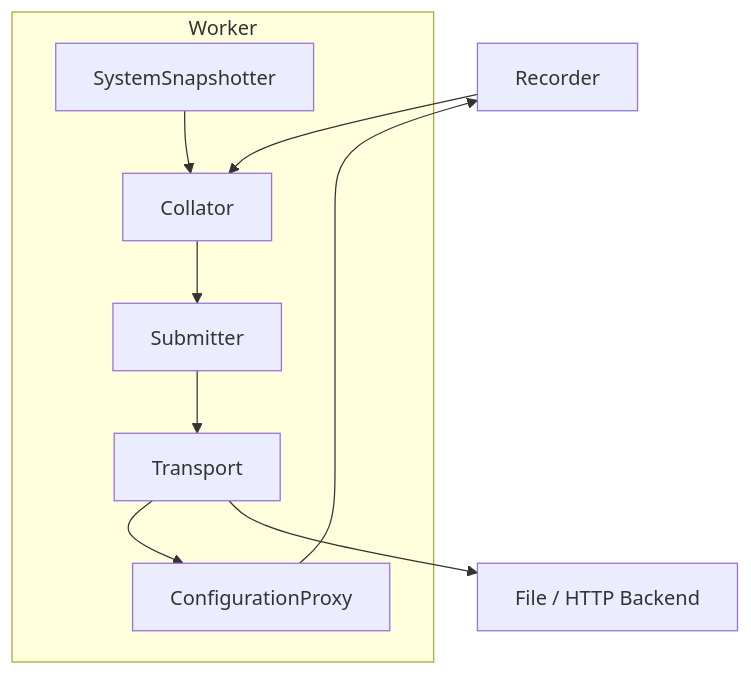
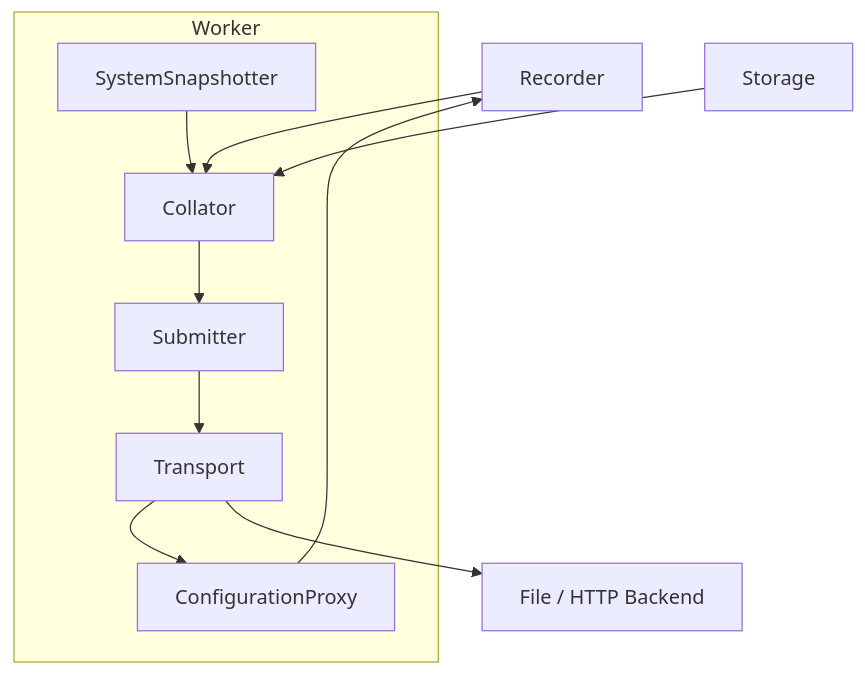
One commit to DeterminateSystems/detsys-ids-client changed the diagram in README.md. Above: the diagram before and after it, drawn with Mermaid. The commit also changed other lines of this file and 6 other files, not shown here.

````diff
--- a/README.md
+++ b/README.md
@@ -11,14 +11,15 @@
 ```mermaid
 flowchart TD
     Recorder --> Collator
+    Storage --> Collator
     ConfigurationProxy --> Recorder
 
     subgraph Worker
         Collator --> Submitter
         SystemSnapshotter --> Collator
         Submitter --> Transport
         Transport --> ConfigurationProxy
     end
 
     Transport --> Backend["File / HTTP Backend"]
 ```
````
